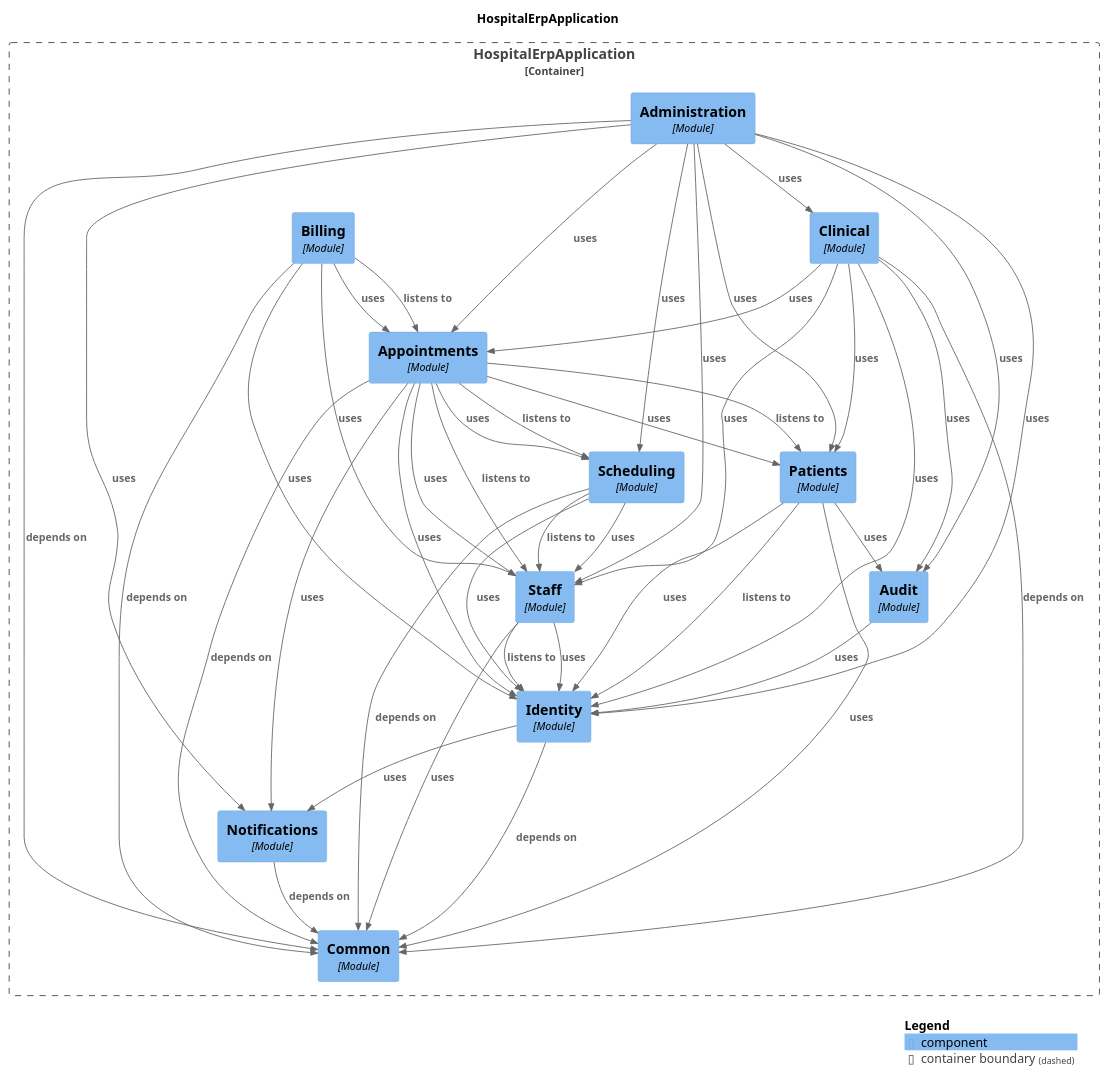
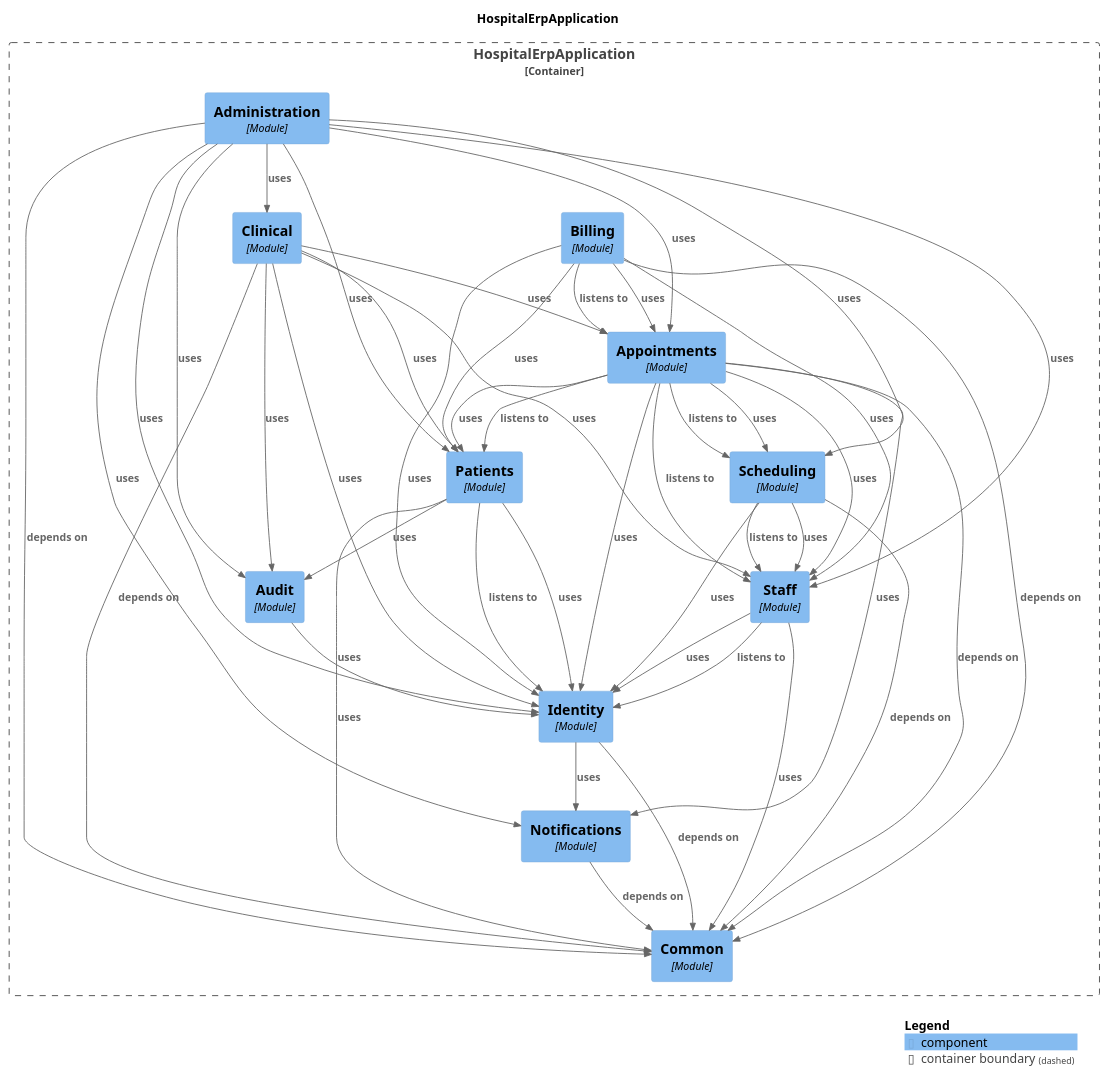
One commit to harshsharma5720/HospitalERP changed the diagram in docs/modules/components.puml. Above: the diagram before and after it, drawn with PlantUML. The commit also changed 13 other files, not shown here.

```diff
--- a/docs/modules/components.puml
+++ b/docs/modules/components.puml
@@ -1,71 +1,72 @@
 @startuml
 set separator none
 title HospitalErpApplication
 
 top to bottom direction
 
 !include <C4/C4>
 !include <C4/C4_Context>
 !include <C4/C4_Component>
 
 Container_Boundary("HospitalErpApplication.HospitalErpApplication_boundary", "HospitalErpApplication", $tags="") {
   Component(HospitalErpApplication.HospitalErpApplication.Appointments, "Appointments", $techn="Module", $descr="", $tags="", $link="")
   Component(HospitalErpApplication.HospitalErpApplication.Billing, "Billing", $techn="Module", $descr="", $tags="", $link="")
   Component(HospitalErpApplication.HospitalErpApplication.Clinical, "Clinical", $techn="Module", $descr="", $tags="", $link="")
   Component(HospitalErpApplication.HospitalErpApplication.Administration, "Administration", $techn="Module", $descr="", $tags="", $link="")
   Component(HospitalErpApplication.HospitalErpApplication.Common, "Common", $techn="Module", $descr="", $tags="", $link="")
   Component(HospitalErpApplication.HospitalErpApplication.Notifications, "Notifications", $techn="Module", $descr="", $tags="", $link="")
   Component(HospitalErpApplication.HospitalErpApplication.Identity, "Identity", $techn="Module", $descr="", $tags="", $link="")
   Component(HospitalErpApplication.HospitalErpApplication.Audit, "Audit", $techn="Module", $descr="", $tags="", $link="")
   Component(HospitalErpApplication.HospitalErpApplication.Staff, "Staff", $techn="Module", $descr="", $tags="", $link="")
   Component(HospitalErpApplication.HospitalErpApplication.Patients, "Patients", $techn="Module", $descr="", $tags="", $link="")
   Component(HospitalErpApplication.HospitalErpApplication.Scheduling, "Scheduling", $techn="Module", $descr="", $tags="", $link="")
 }
 
+Rel(HospitalErpApplication.HospitalErpApplication.Staff, HospitalErpApplication.HospitalErpApplication.Identity, "listens to", $techn="", $tags="", $link="")
+Rel(HospitalErpApplication.HospitalErpApplication.Staff, HospitalErpApplication.HospitalErpApplication.Identity, "uses", $techn="", $tags="", $link="")
+Rel(HospitalErpApplication.HospitalErpApplication.Staff, HospitalErpApplication.HospitalErpApplication.Common, "uses", $techn="", $tags="", $link="")
+Rel(HospitalErpApplication.HospitalErpApplication.Audit, HospitalErpApplication.HospitalErpApplication.Identity, "uses", $techn="", $tags="", $link="")
+Rel(HospitalErpApplication.HospitalErpApplication.Billing, HospitalErpApplication.HospitalErpApplication.Appointments, "listens to", $techn="", $tags="", $link="")
+Rel(HospitalErpApplication.HospitalErpApplication.Billing, HospitalErpApplication.HospitalErpApplication.Common, "depends on", $techn="", $tags="", $link="")
+Rel(HospitalErpApplication.HospitalErpApplication.Billing, HospitalErpApplication.HospitalErpApplication.Identity, "uses", $techn="", $tags="", $link="")
+Rel(HospitalErpApplication.HospitalErpApplication.Billing, HospitalErpApplication.HospitalErpApplication.Appointments, "uses", $techn="", $tags="", $link="")
+Rel(HospitalErpApplication.HospitalErpApplication.Billing, HospitalErpApplication.HospitalErpApplication.Staff, "uses", $techn="", $tags="", $link="")
+Rel(HospitalErpApplication.HospitalErpApplication.Billing, HospitalErpApplication.HospitalErpApplication.Patients, "uses", $techn="", $tags="", $link="")
+Rel(HospitalErpApplication.HospitalErpApplication.Notifications, HospitalErpApplication.HospitalErpApplication.Common, "depends on", $techn="", $tags="", $link="")
 Rel(HospitalErpApplication.HospitalErpApplication.Patients, HospitalErpApplication.HospitalErpApplication.Identity, "listens to", $techn="", $tags="", $link="")
 Rel(HospitalErpApplication.HospitalErpApplication.Patients, HospitalErpApplication.HospitalErpApplication.Identity, "uses", $techn="", $tags="", $link="")
 Rel(HospitalErpApplication.HospitalErpApplication.Patients, HospitalErpApplication.HospitalErpApplication.Common, "uses", $techn="", $tags="", $link="")
 Rel(HospitalErpApplication.HospitalErpApplication.Patients, HospitalErpApplication.HospitalErpApplication.Audit, "uses", $techn="", $tags="", $link="")
+Rel(HospitalErpApplication.HospitalErpApplication.Appointments, HospitalErpApplication.HospitalErpApplication.Staff, "listens to", $techn="", $tags="", $link="")
+Rel(HospitalErpApplication.HospitalErpApplication.Appointments, HospitalErpApplication.HospitalErpApplication.Patients, "listens to", $techn="", $tags="", $link="")
+Rel(HospitalErpApplication.HospitalErpApplication.Appointments, HospitalErpApplication.HospitalErpApplication.Scheduling, "listens to", $techn="", $tags="", $link="")
+Rel(HospitalErpApplication.HospitalErpApplication.Appointments, HospitalErpApplication.HospitalErpApplication.Common, "depends on", $techn="", $tags="", $link="")
+Rel(HospitalErpApplication.HospitalErpApplication.Appointments, HospitalErpApplication.HospitalErpApplication.Patients, "uses", $techn="", $tags="", $link="")
+Rel(HospitalErpApplication.HospitalErpApplication.Appointments, HospitalErpApplication.HospitalErpApplication.Staff, "uses", $techn="", $tags="", $link="")
+Rel(HospitalErpApplication.HospitalErpApplication.Appointments, HospitalErpApplication.HospitalErpApplication.Scheduling, "uses", $techn="", $tags="", $link="")
+Rel(HospitalErpApplication.HospitalErpApplication.Appointments, HospitalErpApplication.HospitalErpApplication.Identity, "uses", $techn="", $tags="", $link="")
+Rel(HospitalErpApplication.HospitalErpApplication.Appointments, HospitalErpApplication.HospitalErpApplication.Notifications, "uses", $techn="", $tags="", $link="")
 Rel(HospitalErpApplication.HospitalErpApplication.Clinical, HospitalErpApplication.HospitalErpApplication.Common, "depends on", $techn="", $tags="", $link="")
 Rel(HospitalErpApplication.HospitalErpApplication.Clinical, HospitalErpApplication.HospitalErpApplication.Appointments, "uses", $techn="", $tags="", $link="")
 Rel(HospitalErpApplication.HospitalErpApplication.Clinical, HospitalErpApplication.HospitalErpApplication.Staff, "uses", $techn="", $tags="", $link="")
 Rel(HospitalErpApplication.HospitalErpApplication.Clinical, HospitalErpApplication.HospitalErpApplication.Patients, "uses", $techn="", $tags="", $link="")
 Rel(HospitalErpApplication.HospitalErpApplication.Clinical, HospitalErpApplication.HospitalErpApplication.Identity, "uses", $techn="", $tags="", $link="")
 Rel(HospitalErpApplication.HospitalErpApplication.Clinical, HospitalErpApplication.HospitalErpApplication.Audit, "uses", $techn="", $tags="", $link="")
-Rel(HospitalErpApplication.HospitalErpApplication.Audit, HospitalErpApplication.HospitalErpApplication.Identity, "uses", $techn="", $tags="", $link="")
 Rel(HospitalErpApplication.HospitalErpApplication.Administration, HospitalErpApplication.HospitalErpApplication.Common, "depends on", $techn="", $tags="", $link="")
 Rel(HospitalErpApplication.HospitalErpApplication.Administration, HospitalErpApplication.HospitalErpApplication.Identity, "uses", $techn="", $tags="", $link="")
 Rel(HospitalErpApplication.HospitalErpApplication.Administration, HospitalErpApplication.HospitalErpApplication.Patients, "uses", $techn="", $tags="", $link="")
 Rel(HospitalErpApplication.HospitalErpApplication.Administration, HospitalErpApplication.HospitalErpApplication.Staff, "uses", $techn="", $tags="", $link="")
 Rel(HospitalErpApplication.HospitalErpApplication.Administration, HospitalErpApplication.HospitalErpApplication.Audit, "uses", $techn="", $tags="", $link="")
 Rel(HospitalErpApplication.HospitalErpApplication.Administration, HospitalErpApplication.HospitalErpApplication.Appointments, "uses", $techn="", $tags="", $link="")
 Rel(HospitalErpApplication.HospitalErpApplication.Administration, HospitalErpApplication.HospitalErpApplication.Notifications, "uses", $techn="", $tags="", $link="")
 Rel(HospitalErpApplication.HospitalErpApplication.Administration, HospitalErpApplication.HospitalErpApplication.Clinical, "uses", $techn="", $tags="", $link="")
 Rel(HospitalErpApplication.HospitalErpApplication.Administration, HospitalErpApplication.HospitalErpApplication.Scheduling, "uses", $techn="", $tags="", $link="")
-Rel(HospitalErpApplication.HospitalErpApplication.Identity, HospitalErpApplication.HospitalErpApplication.Common, "depends on", $techn="", $tags="", $link="")
-Rel(HospitalErpApplication.HospitalErpApplication.Identity, HospitalErpApplication.HospitalErpApplication.Notifications, "uses", $techn="", $tags="", $link="")
-Rel(HospitalErpApplication.HospitalErpApplication.Staff, HospitalErpApplication.HospitalErpApplication.Identity, "listens to", $techn="", $tags="", $link="")
-Rel(HospitalErpApplication.HospitalErpApplication.Staff, HospitalErpApplication.HospitalErpApplication.Identity, "uses", $techn="", $tags="", $link="")
-Rel(HospitalErpApplication.HospitalErpApplication.Staff, HospitalErpApplication.HospitalErpApplication.Common, "uses", $techn="", $tags="", $link="")
 Rel(HospitalErpApplication.HospitalErpApplication.Scheduling, HospitalErpApplication.HospitalErpApplication.Staff, "listens to", $techn="", $tags="", $link="")
 Rel(HospitalErpApplication.HospitalErpApplication.Scheduling, HospitalErpApplication.HospitalErpApplication.Common, "depends on", $techn="", $tags="", $link="")
 Rel(HospitalErpApplication.HospitalErpApplication.Scheduling, HospitalErpApplication.HospitalErpApplication.Staff, "uses", $techn="", $tags="", $link="")
 Rel(HospitalErpApplication.HospitalErpApplication.Scheduling, HospitalErpApplication.HospitalErpApplication.Identity, "uses", $techn="", $tags="", $link="")
-Rel(HospitalErpApplication.HospitalErpApplication.Appointments, HospitalErpApplication.HospitalErpApplication.Staff, "listens to", $techn="", $tags="", $link="")
-Rel(HospitalErpApplication.HospitalErpApplication.Appointments, HospitalErpApplication.HospitalErpApplication.Patients, "listens to", $techn="", $tags="", $link="")
-Rel(HospitalErpApplication.HospitalErpApplication.Appointments, HospitalErpApplication.HospitalErpApplication.Scheduling, "listens to", $techn="", $tags="", $link="")
-Rel(HospitalErpApplication.HospitalErpApplication.Appointments, HospitalErpApplication.HospitalErpApplication.Common, "depends on", $techn="", $tags="", $link="")
-Rel(HospitalErpApplication.HospitalErpApplication.Appointments, HospitalErpApplication.HospitalErpApplication.Patients, "uses", $techn="", $tags="", $link="")
-Rel(HospitalErpApplication.HospitalErpApplication.Appointments, HospitalErpApplication.HospitalErpApplication.Staff, "uses", $techn="", $tags="", $link="")
-Rel(HospitalErpApplication.HospitalErpApplication.Appointments, HospitalErpApplication.HospitalErpApplication.Scheduling, "uses", $techn="", $tags="", $link="")
-Rel(HospitalErpApplication.HospitalErpApplication.Appointments, HospitalErpApplication.HospitalErpApplication.Identity, "uses", $techn="", $tags="", $link="")
-Rel(HospitalErpApplication.HospitalErpApplication.Appointments, HospitalErpApplication.HospitalErpApplication.Notifications, "uses", $techn="", $tags="", $link="")
-Rel(HospitalErpApplication.HospitalErpApplication.Billing, HospitalErpApplication.HospitalErpApplication.Appointments, "listens to", $techn="", $tags="", $link="")
-Rel(HospitalErpApplication.HospitalErpApplication.Billing, HospitalErpApplication.HospitalErpApplication.Common, "depends on", $techn="", $tags="", $link="")
-Rel(HospitalErpApplication.HospitalErpApplication.Billing, HospitalErpApplication.HospitalErpApplication.Identity, "uses", $techn="", $tags="", $link="")
-Rel(HospitalErpApplication.HospitalErpApplication.Billing, HospitalErpApplication.HospitalErpApplication.Appointments, "uses", $techn="", $tags="", $link="")
-Rel(HospitalErpApplication.HospitalErpApplication.Billing, HospitalErpApplication.HospitalErpApplication.Staff, "uses", $techn="", $tags="", $link="")
-Rel(HospitalErpApplication.HospitalErpApplication.Notifications, HospitalErpApplication.HospitalErpApplication.Common, "depends on", $techn="", $tags="", $link="")
+Rel(HospitalErpApplication.HospitalErpApplication.Identity, HospitalErpApplication.HospitalErpApplication.Common, "depends on", $techn="", $tags="", $link="")
+Rel(HospitalErpApplication.HospitalErpApplication.Identity, HospitalErpApplication.HospitalErpApplication.Notifications, "uses", $techn="", $tags="", $link="")
 
 SHOW_LEGEND(true)
 @enduml
```
